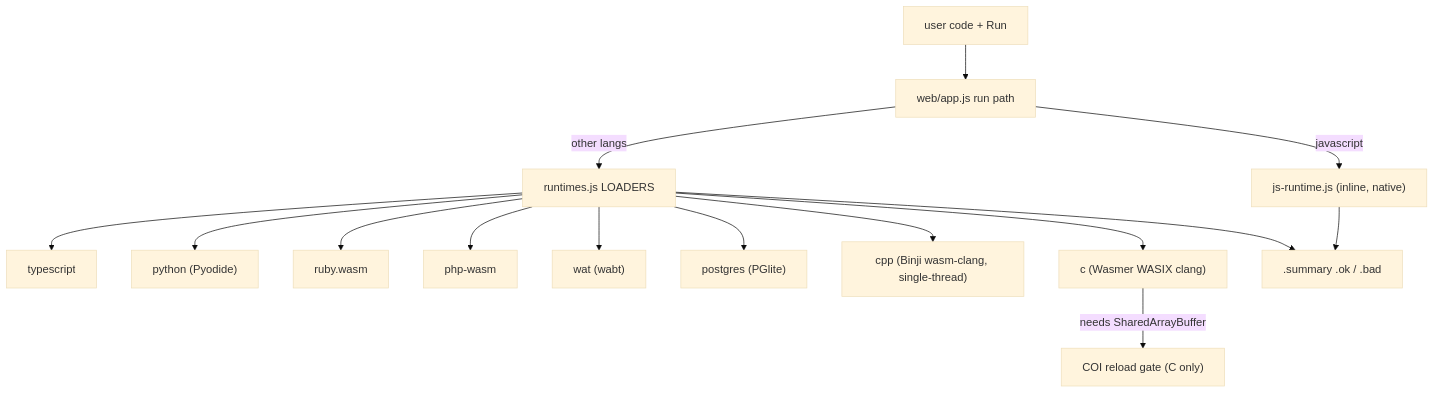
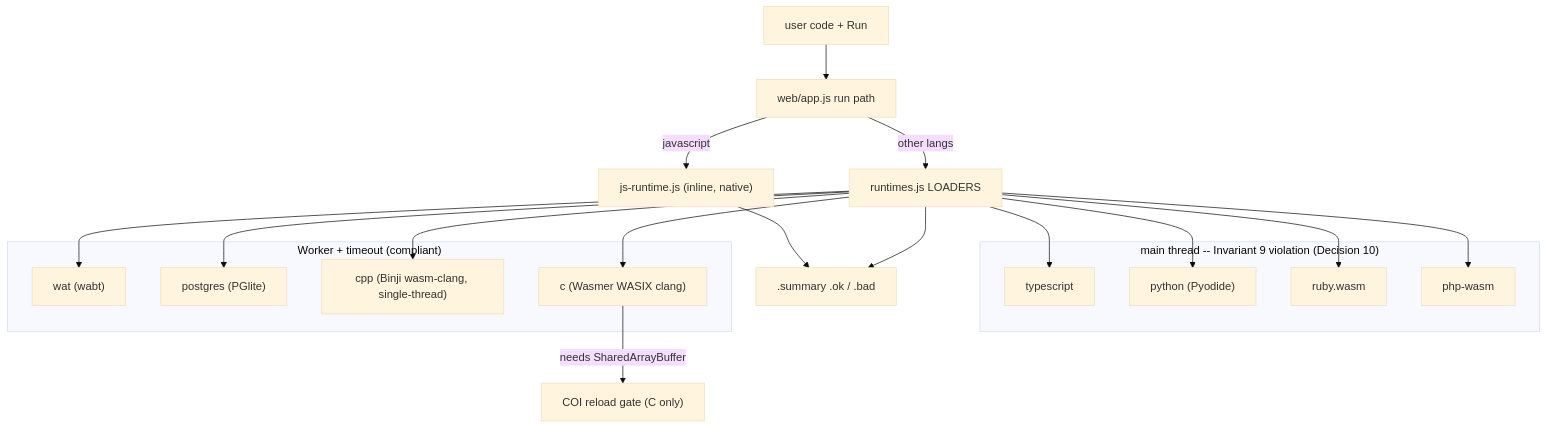
The second of 2 diagrams in docs/architecture.md (CommonEmailDotCom/glifex), drawn with Mermaid (base theme) before and after one commit. The commit also changed other lines of this file and 1 other file, not shown here.

````diff
--- a/docs/architecture.md
+++ b/docs/architecture.md
@@ -160,17 +225,29 @@
 ```mermaid
 flowchart TD
   U["user code + Run"] --> APP["web/app.js run path"]
   APP -->|javascript| JS["js-runtime.js (inline, native)"]
   APP -->|other langs| R["runtimes.js LOADERS"]
-  R --> TS["typescript"]
-  R --> PY["python (Pyodide)"]
-  R --> RB["ruby.wasm"]
-  R --> PHP["php-wasm"]
-  R --> WAT["wat (wabt)"]
-  R --> PGL["postgres (PGlite)"]
-  R --> CPP["cpp (Binji wasm-clang, single-thread)"]
-  R --> CC["c (Wasmer WASIX clang)"]
+  subgraph MT["main thread -- Invariant 9 violation (Decision 10)"]
+    TS["typescript"]
+    PY["python (Pyodide)"]
+    RB["ruby.wasm"]
+    PHP["php-wasm"]
+  end
+  subgraph WK["Worker + timeout (compliant)"]
+    WAT["wat (wabt)"]
+    PGL["postgres (PGlite)"]
+    CPP["cpp (Binji wasm-clang, single-thread)"]
+    CC["c (Wasmer WASIX clang)"]
+  end
+  R --> TS
+  R --> PY
+  R --> RB
+  R --> PHP
+  R --> WAT
+  R --> PGL
+  R --> CPP
+  R --> CC
   CC -->|needs SharedArrayBuffer| COI["COI reload gate (C only)"]
   JS --> RES[".summary .ok / .bad"]
   R --> RES
 ```
````
